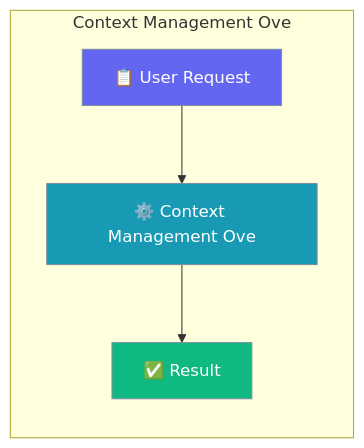
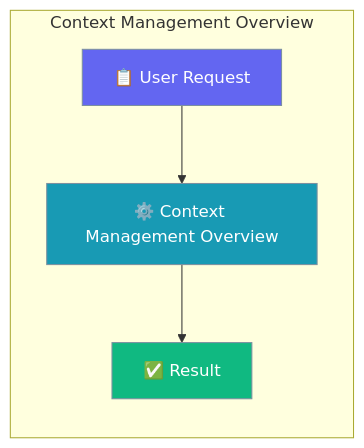
The first of 17 diagrams in docs/features/context-overview.mdx (MervinPraison/PraisonAIDocs), drawn with Mermaid before and after one commit. The commit also changed 45 other files, not shown here.

First line of the commit message:
docs: fix truncated Mermaid diagram feature names (22-char cutoff)

````diff
--- a/docs/features/context-overview.mdx
+++ b/docs/features/context-overview.mdx
@@ -8,15 +8,15 @@
 ```mermaid
 graph LR
-    subgraph "Context Management Ove"
-        Request[📋 User Request] --> Process[⚙️ Context Management Ove]
+    subgraph "Context Management Overview"
+        Request[📋 User Request] --> Process[⚙️ Context Management Overview]
         Process --> Result[✅ Result]
     end
 
     classDef input fill:#6366F1,stroke:#7C90A0,color:#fff
     classDef process fill:#189AB4,stroke:#7C90A0,color:#fff
     classDef output fill:#10B981,stroke:#7C90A0,color:#fff
 
     class Request input
     class Process process
     class Result output
 ```
````
